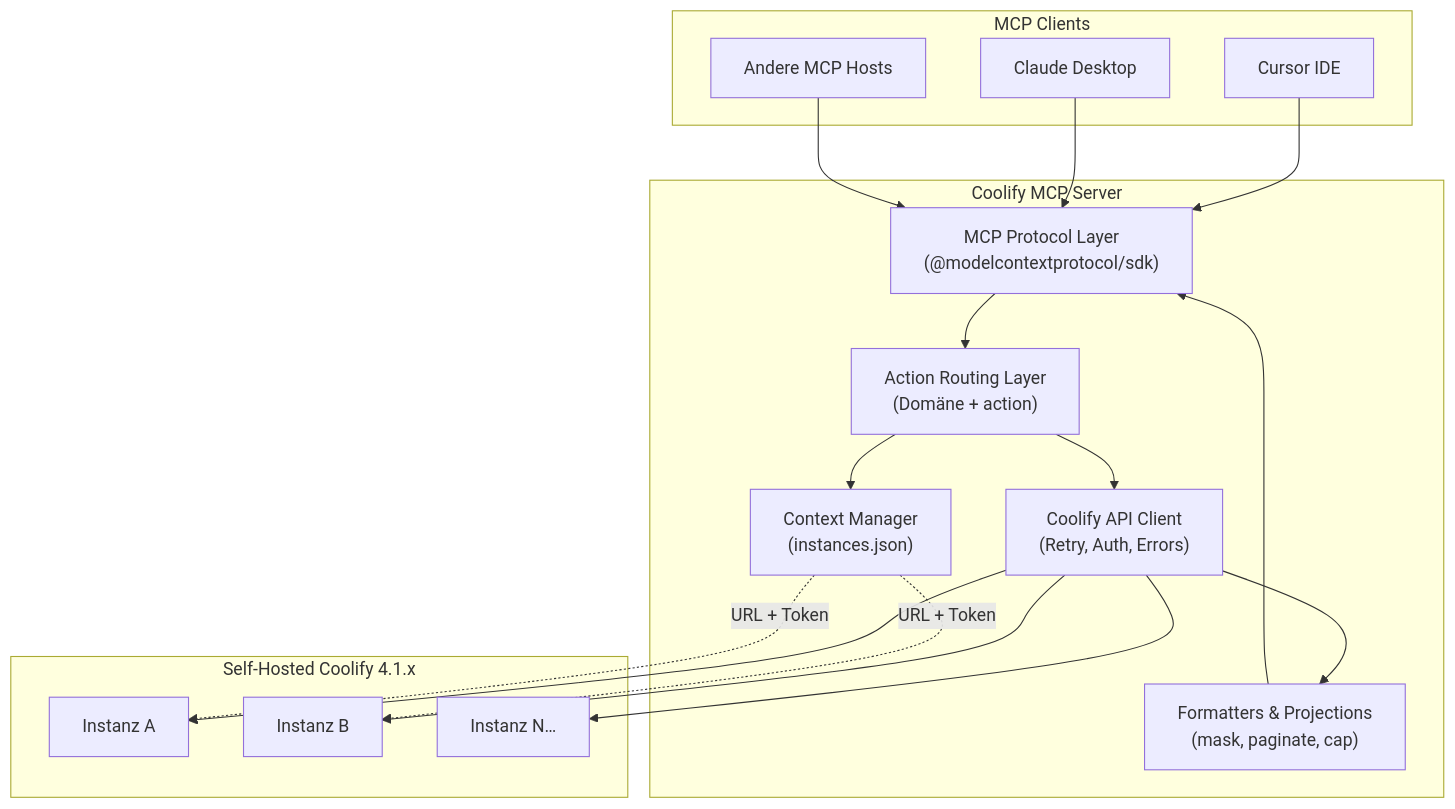
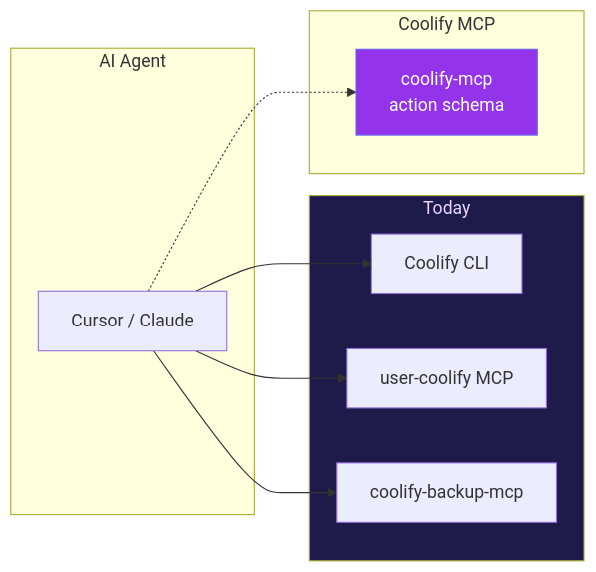
One commit to clezcoding/awesome-coolify changed the first of 3 diagrams in README.md. Above: the diagram before and after it, drawn with Mermaid. The commit also changed other lines of this file and 24 other files, not shown here.

````diff
--- a/README.md
+++ b/README.md
@@ -86,36 +111,24 @@
 ```mermaid
-flowchart TB
-    subgraph Clients["MCP Clients"]
-        Cursor["Cursor IDE"]
-        Claude["Claude Desktop"]
-        Other["Andere MCP Hosts"]
+flowchart LR
+    subgraph Today["Today"]
+        CLI["Coolify CLI"]
+        MCP1["user-coolify MCP"]
+        MCP2["coolify-backup-mcp"]
     end
 
-    subgraph MCP["Coolify MCP Server"]
-        Protocol["MCP Protocol Layer<br/>(@modelcontextprotocol/sdk)"]
-        Router["Action Routing Layer<br/>(Domäne + action)"]
-        Context["Context Manager<br/>(instances.json)"]
-        Client["Coolify API Client<br/>(Retry, Auth, Errors)"]
-        Format["Formatters & Projections<br/>(mask, paginate, cap)"]
+    subgraph Agent["AI Agent"]
+        Cursor["Cursor / Claude"]
     end
 
-    subgraph Coolify["Self-Hosted Coolify 4.1.x"]
-        InstA["Instanz A"]
-        InstB["Instanz B"]
-        InstN["Instanz N…"]
+    subgraph Future["Coolify MCP"]
+        Unified["coolify-mcp<br/>action schema"]
     end
 
-    Cursor --> Protocol
-    Claude --> Protocol
-    Other --> Protocol
-    Protocol --> Router
-    Router --> Context
-    Router --> Client
-    Client --> Format
-    Format --> Protocol
-    Client --> InstA
-    Client --> InstB
-    Client --> InstN
-    Context -.->|"URL + Token"| InstA
-    Context -.->|"URL + Token"| InstB
+    Cursor --> CLI
+    Cursor --> MCP1
+    Cursor --> MCP2
+    Cursor -.-> Unified
+
+    style Unified fill:#9333EA,color:#fff,stroke:#6366F1
+    style Today fill:#1e1b4b,color:#e9d5ff
 ```
````
